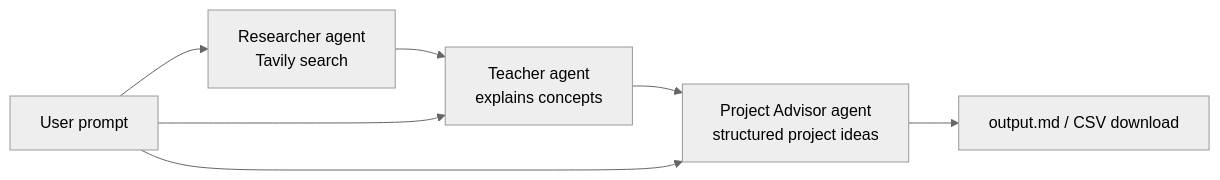
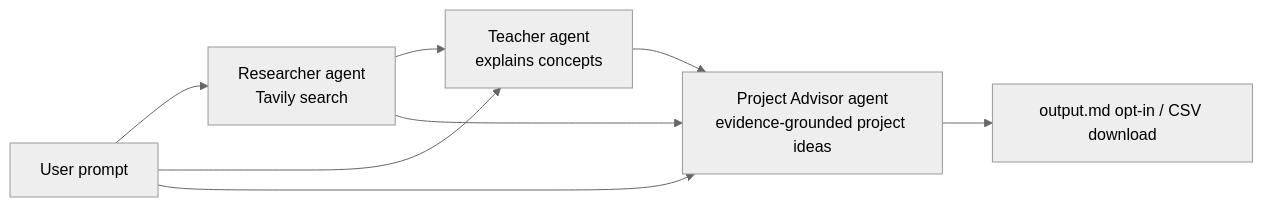
The diagram in README.md (jiwpark00/crewai-groq-demo), drawn with Mermaid (neutral theme) before and after one commit. The commit also changed other lines of this file and 7 other files, not shown here.

First line of the commit message:
Add evidence/confidence citations to project ideas (Phase 3)

````diff
--- a/README.md
+++ b/README.md
@@ -31,9 +36,10 @@
 ```mermaid
 flowchart LR
     U[User prompt] --> R[Researcher agent<br/>Tavily search]
     R --> T[Teacher agent<br/>explains concepts]
     U --> T
-    T --> P[Project Advisor agent<br/>structured project ideas]
+    T --> P[Project Advisor agent<br/>evidence-grounded project ideas]
     U --> P
-    P --> O[output.md / CSV download]
+    R --> P
+    P --> O[output.md opt-in / CSV download]
 ```
````
